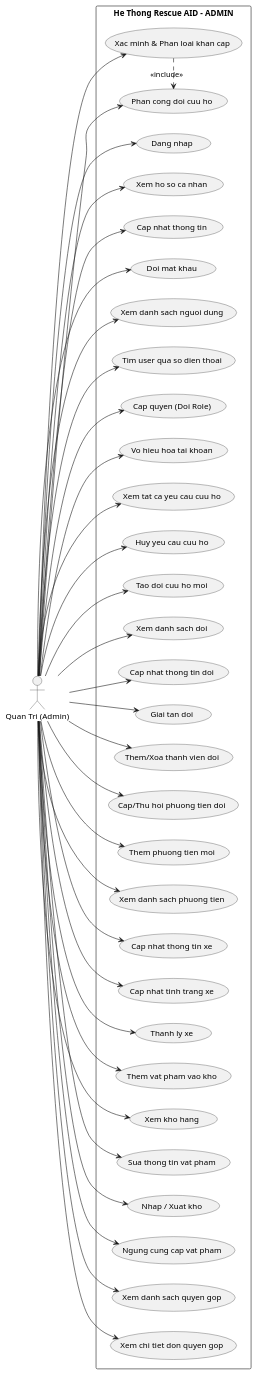
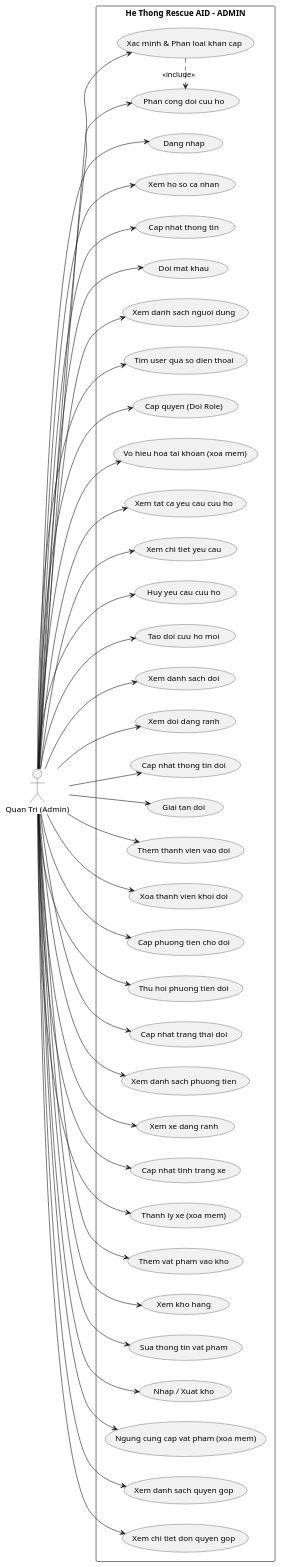
The diagram in usecase-admin.puml (ngoctuanIT/recuse-backend), drawn with PlantUML before and after one commit. The commit also changed 14 other files, not shown here.

```diff
--- a/usecase-admin.puml
+++ b/usecase-admin.puml
@@ -1,72 +1,93 @@
 @startuml
 left to right direction
 skinparam packageStyle rectangle
 
 actor "Quan Tri (Admin)" as admin
 
 rectangle "He Thong Rescue AID - ADMIN" {
+  ' === AUTH & PROFILE ===
   usecase "Dang nhap" as UC1
   usecase "Xem ho so ca nhan" as UC2
   usecase "Cap nhat thong tin" as UC3
   usecase "Doi mat khau" as UC4
+
+  ' === QUAN LY NGUOI DUNG ===
   usecase "Xem danh sach nguoi dung" as UC5
   usecase "Tim user qua so dien thoai" as UC6
   usecase "Cap quyen (Doi Role)" as UC7
-  usecase "Vo hieu hoa tai khoan" as UC8
+  usecase "Vo hieu hoa tai khoan (xoa mem)" as UC8
+
+  ' === QUAN LY YEU CAU CUU HO ===
   usecase "Xem tat ca yeu cau cuu ho" as UC9
-  usecase "Xac minh & Phan loai khan cap" as UC10
-  usecase "Phan cong doi cuu ho" as UC11
-  usecase "Huy yeu cau cuu ho" as UC12
-  usecase "Tao doi cuu ho moi" as UC13
-  usecase "Xem danh sach doi" as UC14
-  usecase "Cap nhat thong tin doi" as UC15
-  usecase "Giai tan doi" as UC16
-  usecase "Them/Xoa thanh vien doi" as UC17
-  usecase "Cap/Thu hoi phuong tien doi" as UC18
-  usecase "Them phuong tien moi" as UC19
-  usecase "Xem danh sach phuong tien" as UC20
-  usecase "Cap nhat thong tin xe" as UC21
-  usecase "Cap nhat tinh trang xe" as UC22
-  usecase "Thanh ly xe" as UC23
-  usecase "Them vat pham vao kho" as UC24
-  usecase "Xem kho hang" as UC25
-  usecase "Sua thong tin vat pham" as UC26
-  usecase "Nhap / Xuat kho" as UC27
-  usecase "Ngung cung cap vat pham" as UC28
-  usecase "Xem danh sach quyen gop" as UC29
-  usecase "Xem chi tiet don quyen gop" as UC30
+  usecase "Xem chi tiet yeu cau" as UC10
+  usecase "Xac minh & Phan loai khan cap" as UC11
+  usecase "Phan cong doi cuu ho" as UC12
+  usecase "Huy yeu cau cuu ho" as UC13
+
+  ' === QUAN LY DOI CUU HO ===
+  usecase "Tao doi cuu ho moi" as UC14
+  usecase "Xem danh sach doi" as UC15
+  usecase "Xem doi dang ranh" as UC16
+  usecase "Cap nhat thong tin doi" as UC17
+  usecase "Giai tan doi" as UC18
+  usecase "Them thanh vien vao doi" as UC19
+  usecase "Xoa thanh vien khoi doi" as UC20
+  usecase "Cap phuong tien cho doi" as UC21
+  usecase "Thu hoi phuong tien doi" as UC22
+  usecase "Cap nhat trang thai doi" as UC23
+
+  ' === QUAN LY PHUONG TIEN ===
+  usecase "Xem danh sach phuong tien" as UC24
+  usecase "Xem xe dang ranh" as UC25
+  usecase "Cap nhat tinh trang xe" as UC26
+  usecase "Thanh ly xe (xoa mem)" as UC27
+
+  ' === QUAN LY KHO HANG ===
+  usecase "Them vat pham vao kho" as UC28
+  usecase "Xem kho hang" as UC29
+  usecase "Sua thong tin vat pham" as UC30
+  usecase "Nhap / Xuat kho" as UC31
+  usecase "Ngung cung cap vat pham (xoa mem)" as UC32
+
+  ' === QUAN LY QUYEN GOP ===
+  usecase "Xem danh sach quyen gop" as UC33
+  usecase "Xem chi tiet don quyen gop" as UC34
 }
 
 admin --> UC1
 admin --> UC2
 admin --> UC3
 admin --> UC4
 admin --> UC5
 admin --> UC6
 admin --> UC7
 admin --> UC8
 admin --> UC9
 admin --> UC10
 admin --> UC11
 admin --> UC12
 admin --> UC13
 admin --> UC14
 admin --> UC15
 admin --> UC16
 admin --> UC17
 admin --> UC18
 admin --> UC19
 admin --> UC20
 admin --> UC21
 admin --> UC22
 admin --> UC23
 admin --> UC24
 admin --> UC25
 admin --> UC26
 admin --> UC27
 admin --> UC28
 admin --> UC29
 admin --> UC30
+admin --> UC31
+admin --> UC32
+admin --> UC33
+admin --> UC34
 
-UC10 .> UC11 : <<include>>
+UC11 .> UC12 : <<include>>
 @enduml
```
